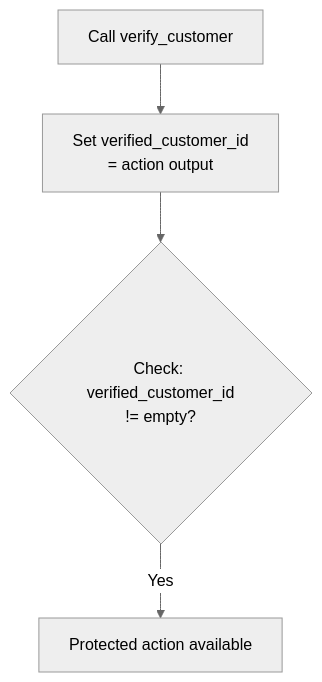
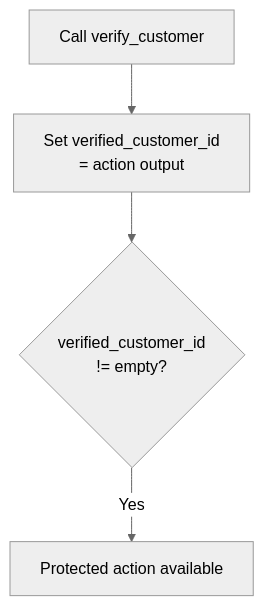
One commit to willow-marketplace/innovid changed the fifth of 12 diagrams in plugins/agentforce-adlc/skills/agentforce-generate/references/agent-subagent-map-diagrams.md. Above: the diagram before and after it, drawn with Mermaid. The commit also changed other lines of this file and 5968 other files, not shown here.

````diff
--- a/plugins/agentforce-adlc/skills/agentforce-generate/references/agent-subagent-map-diagrams.md
+++ b/plugins/agentforce-adlc/skills/agentforce-generate/references/agent-subagent-map-diagrams.md
@@ -126,7 +131,7 @@
 ```mermaid
 %%{init: {'theme':'neutral'}}%%
 graph TD
     A[Call verify_customer] --> B[Set verified_customer_id<br/>= action output]
-    B --> C{Check: verified_customer_id<br/>!= empty?}
+    B --> C{verified_customer_id<br/>!= empty?}
     C -->|Yes| D[Protected action available]
 ```
````
